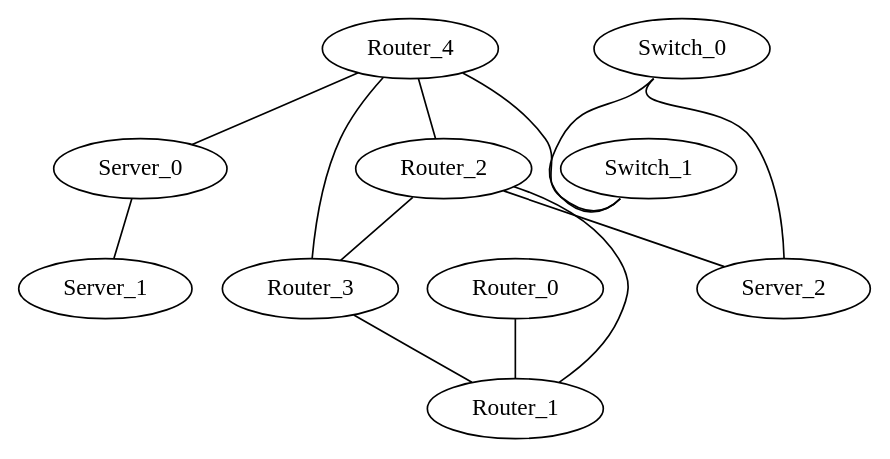
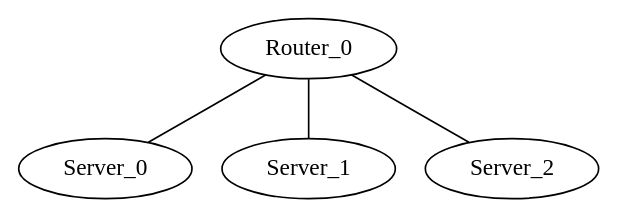
One commit to matferronato/TopologyGen changed the diagram in TopologyGen/TopologyInfo/topology.dot. Above: the diagram before and after it, drawn with Graphviz. The commit also changed 55 other files, not shown here.

```diff
--- a/TopologyGen/TopologyInfo/topology.dot
+++ b/TopologyGen/TopologyInfo/topology.dot
@@ -1,24 +1,9 @@
 graph vx {
-"Router_0" [function="leaf" vagrant="eth1" os="Ubuntu" version="1.1" memory="500" config="./helper_scripts/config_production_switch.sh" ]
-"Router_1" [function="leaf" vagrant="eth1" os="Ubuntu" version="1.1" memory="500" config="./helper_scripts/config_production_switch.sh" ]
-"Router_2" [function="leaf" vagrant="eth1" os="Ubuntu" version="1.1" memory="500" config="./helper_scripts/config_production_switch.sh" ]
-"Router_3" [function="leaf" vagrant="eth1" os="Ubuntu" version="1.1" memory="500" config="./helper_scripts/config_production_switch.sh" ]
-"Router_4" [function="leaf" vagrant="eth1" os="Ubuntu" version="1.1" memory="500" config="./helper_scripts/config_production_switch.sh" ]
+"Router_0" [function="leaf" vagrant="eth1" os="Windows 10" version="1.1" memory="500" config="./helper_scripts/config_production_switch.sh" ]
 "Server_0" [function="leaf" vagrant="eth1" os="Ubuntu" version="1.1" memory="500" config="./helper_scripts/config_production_switch.sh" ]
 "Server_1" [function="leaf" vagrant="eth1" os="Ubuntu" version="1.1" memory="500" config="./helper_scripts/config_production_switch.sh" ]
-"Server_2" [function="leaf" vagrant="eth1" os="Ubuntu" version="1.1" memory="500" config="./helper_scripts/config_production_switch.sh" ]
-"Switch_0" [function="leaf" vagrant="eth1" os="Ubuntu" version="1.1" memory="500" config="./helper_scripts/config_production_switch.sh" ]
-"Switch_1" [function="leaf" vagrant="eth1" os="Ubuntu" version="1.1" memory="500" config="./helper_scripts/config_production_switch.sh" ]
-"Server_0":"eth1" -- "Server_1":"eth1"
-"Router_4":"eth1" -- "Server_0":"eth100"
-"Router_4":"eth50" -- "Switch_1":"swp100"
-"Switch_0":"swp50" -- "Switch_1":"swp50"
-"Switch_0":"swp1" -- "Server_2":"eth50"
-"Router_4":"eth100" -- "Router_3":"eth100"
-"Router_4":"eth101" -- "Router_2":"eth100"
-"Router_2":"eth101" -- "Router_3":"eth101"
-"Router_3":"eth102" -- "Router_1":"eth100"
-"Router_0":"eth100" -- "Router_1":"eth101"
-"Router_2":"eth1" -- "Server_2":"eth100"
-"Router_2":"eth102" -- "Router_1":"eth102"
+"Server_2" [function="leaf" vagrant="eth1" os="Ubuntu" version="1.1" memory="5000" config="./helper_scripts/config_production_switch.sh" ]
+"Router_0":"eth1" -- "Server_0":"eth100"
+"Router_0":"eth2" -- "Server_1":"eth100"
+"Router_0":"eth3" -- "Server_2":"eth100"
 }
```
